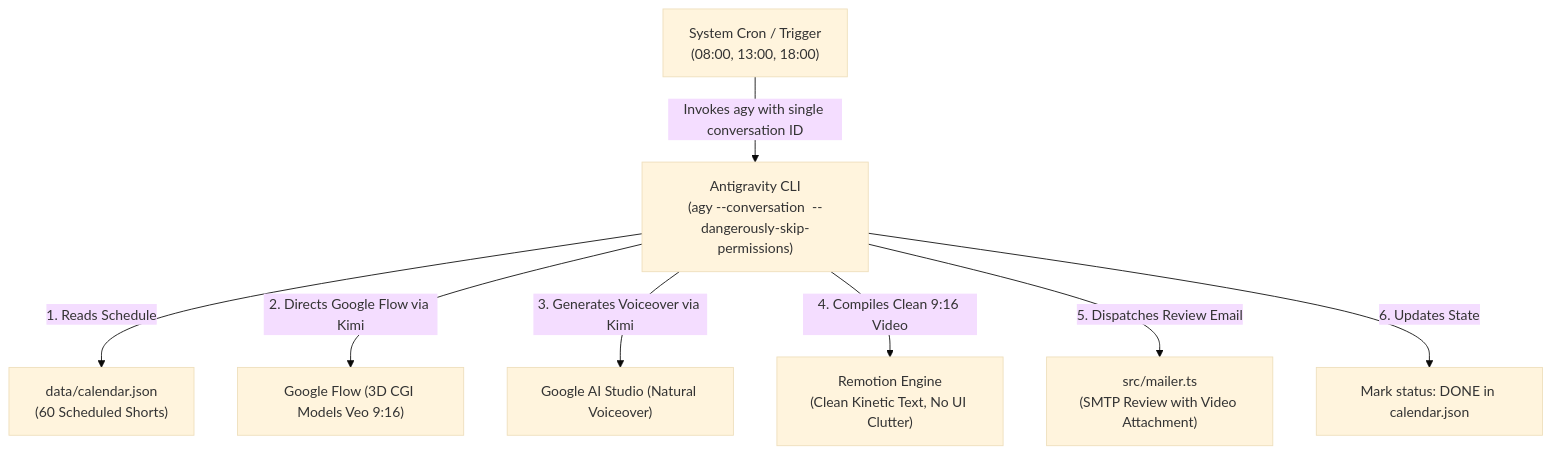
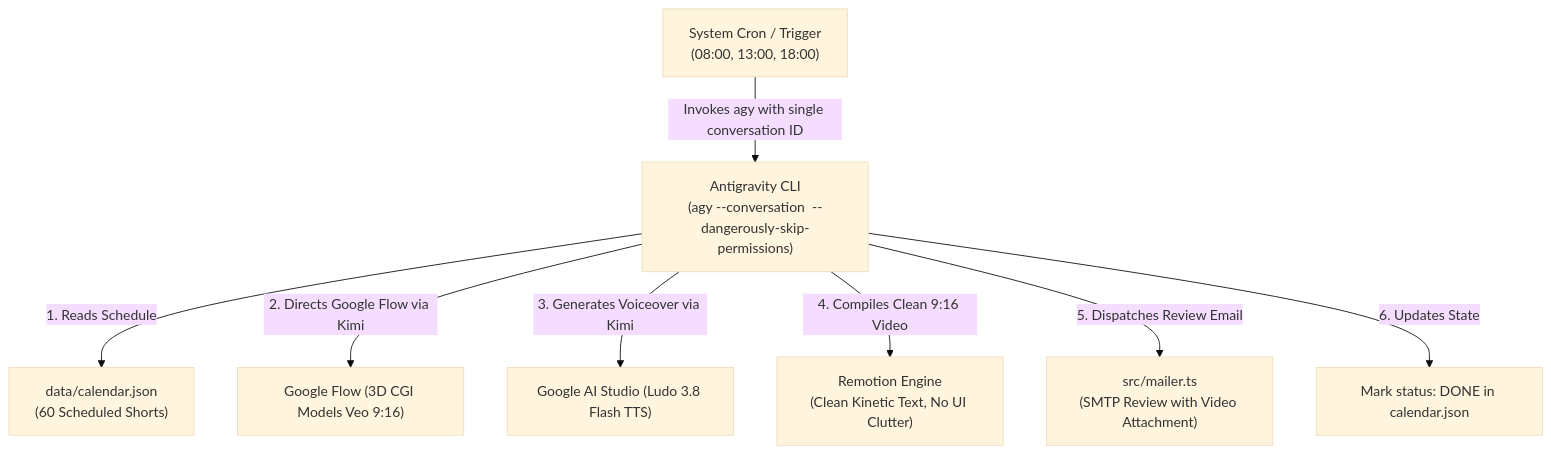
Before and after one commit to udezueoluomachi/yt-automation-wf: the diagram in GEMINI.md, drawn with Mermaid (base theme). The commit also changed other lines of this file and 1 other file, not shown here.

Commit message:
docs: enrich GEMINI.md and director skill with full AI Studio Ludo playbook, pacing rules, and git hygiene

````diff
--- a/GEMINI.md
+++ b/GEMINI.md
@@ -8,10 +8,10 @@
 ```mermaid
 flowchart TD
     Cron["System Cron / Trigger\n(08:00, 13:00, 18:00)"] -->|Invokes agy with single conversation ID| AGY["Antigravity CLI\n(agy --conversation <id> --dangerously-skip-permissions)"]
     AGY -->|1. Reads Schedule| Cal["data/calendar.json\n(60 Scheduled Shorts)"]
     AGY -->|2. Directs Google Flow via Kimi| Flow["Google Flow (3D CGI Models Veo 9:16)"]
-    AGY -->|3. Generates Voiceover via Kimi| AIStudio["Google AI Studio (Natural Voiceover)"]
+    AGY -->|3. Generates Voiceover via Kimi| AIStudio["Google AI Studio (Ludo 3.8 Flash TTS)"]
     AGY -->|4. Compiles Clean 9:16 Video| Remotion["Remotion Engine\n(Clean Kinetic Text, No UI Clutter)"]
     AGY -->|5. Dispatches Review Email| Mail["src/mailer.ts\n(SMTP Review with Video Attachment)"]
     AGY -->|6. Updates State| CalDone["Mark status: DONE in calendar.json"]
 ```
````
